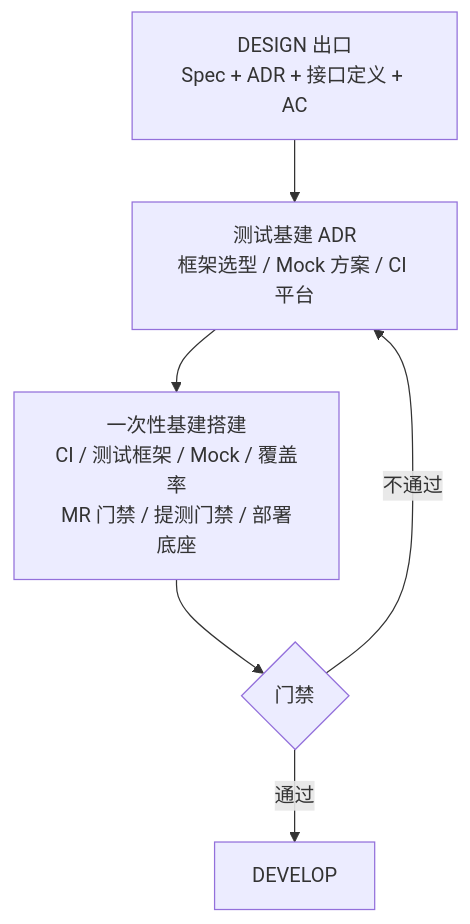
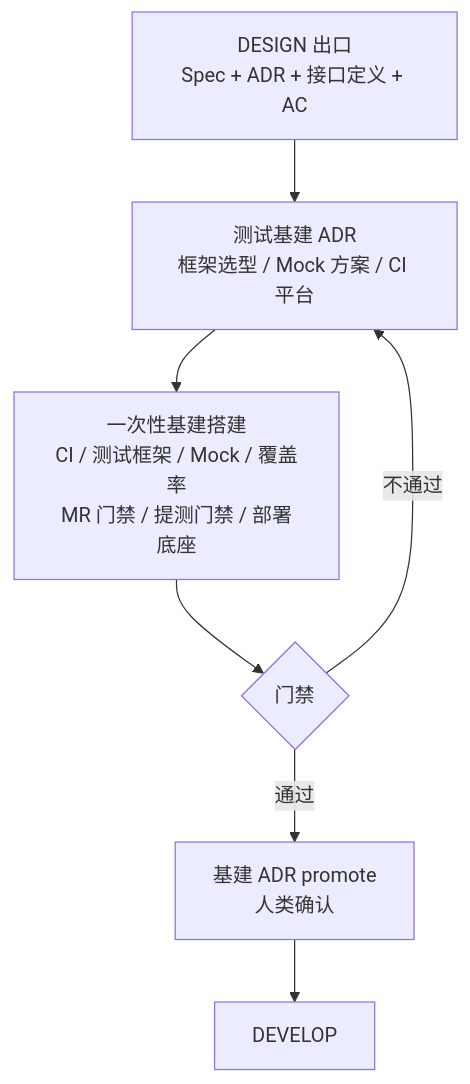
The diagram in skills/devloop/references/phase-test-infra.md (vlln/devloop), drawn with Mermaid before and after one commit. The commit also changed other lines of this file and 8 other files, not shown here.

````diff
--- a/skills/devloop/references/phase-test-infra.md
+++ b/skills/devloop/references/phase-test-infra.md
@@ -11,8 +11,8 @@
 ```mermaid
 flowchart TD
     DS[DESIGN 出口<br/>Spec + ADR + 接口定义 + AC] --> TADR[测试基建 ADR<br/>框架选型 / Mock 方案 / CI 平台]
     TADR --> INFRA[一次性基建搭建<br/>CI / 测试框架 / Mock / 覆盖率<br/>MR 门禁 / 提测门禁 / 部署底座]
     INFRA --> GATE{门禁}
-    GATE -->|通过| DEV[DEVELOP]
+    GATE -->|通过| PROM[基建 ADR promote<br/>人类确认] --> DEV[DEVELOP]
     GATE -->|不通过| TADR
 ```
````
